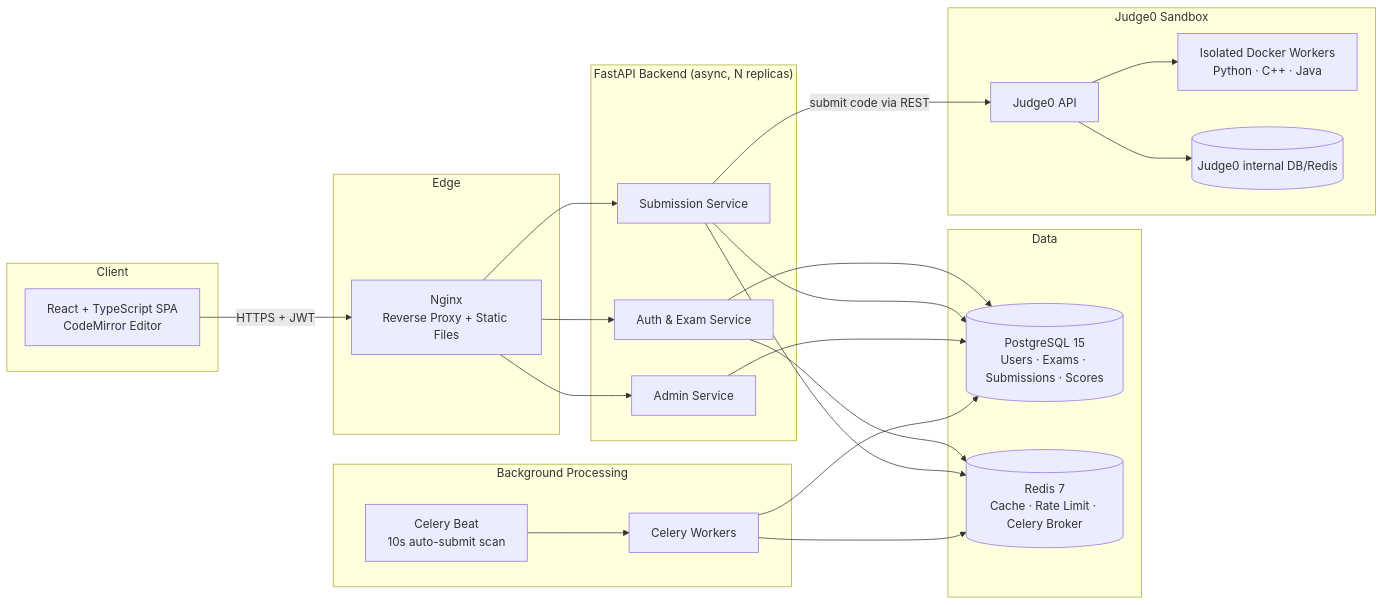
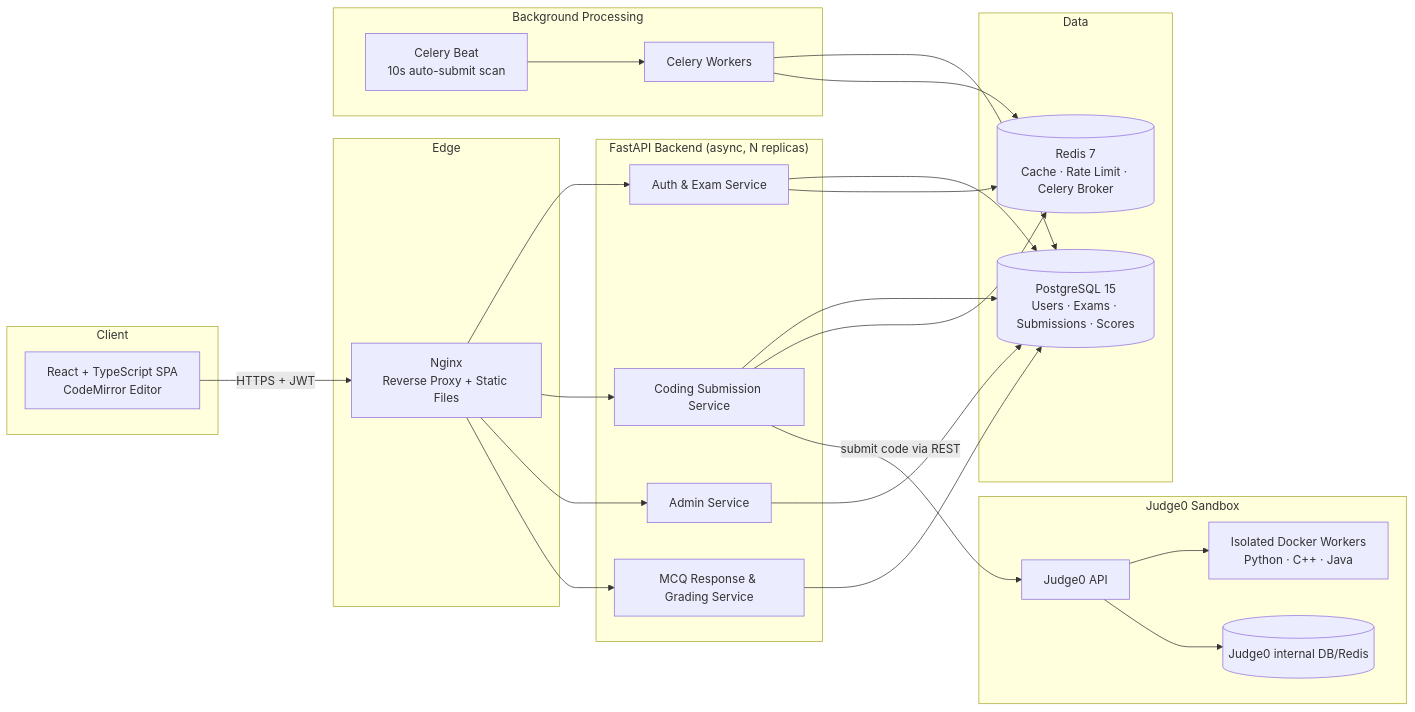
The first of 7 diagrams in README.md (imabhaysachan20/oa-platform), drawn with Mermaid before and after one commit. The commit also changed other lines of this file, not shown here.

First line of the commit message:
Add MCQ question support to README

````diff
--- a/README.md
+++ b/README.md
@@ -96,48 +98,51 @@
 ```mermaid
 flowchart LR
     subgraph Client
         A[React + TypeScript SPA<br/>CodeMirror Editor]
     end
 
     subgraph Edge
         B[Nginx<br/>Reverse Proxy + Static Files]
     end
 
     subgraph App["FastAPI Backend (async, N replicas)"]
         C1[Auth & Exam Service]
-        C2[Submission Service]
+        C2[Coding Submission Service]
         C3[Admin Service]
+        C4[MCQ Response & Grading Service]
     end
 
     subgraph Data
         D[(PostgreSQL 15<br/>Users · Exams · Submissions · Scores)]
         E[(Redis 7<br/>Cache · Rate Limit · Celery Broker)]
     end
 
     subgraph Judging["Judge0 Sandbox"]
         F[Judge0 API]
         G[Isolated Docker Workers<br/>Python · C++ · Java]
         H[(Judge0 internal DB/Redis)]
     end
 
     subgraph Jobs["Background Processing"]
         I[Celery Workers]
         J[Celery Beat<br/>10s auto-submit scan]
     end
 
     A -->|HTTPS + JWT| B
     B --> C1
     B --> C2
     B --> C3
+    B --> C4
     C1 --> D
     C2 --> D
     C3 --> D
+    C4 --> D
     C1 --> E
     C2 --> E
     C2 -->|submit code via REST| F
     F --> G
     F --> H
     I --> D
     I --> E
     J --> I
 ```
````
